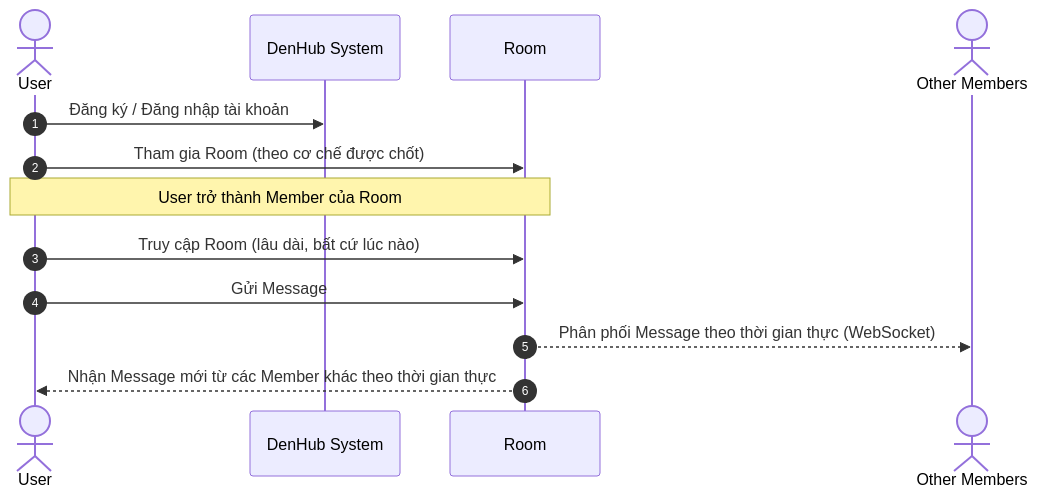
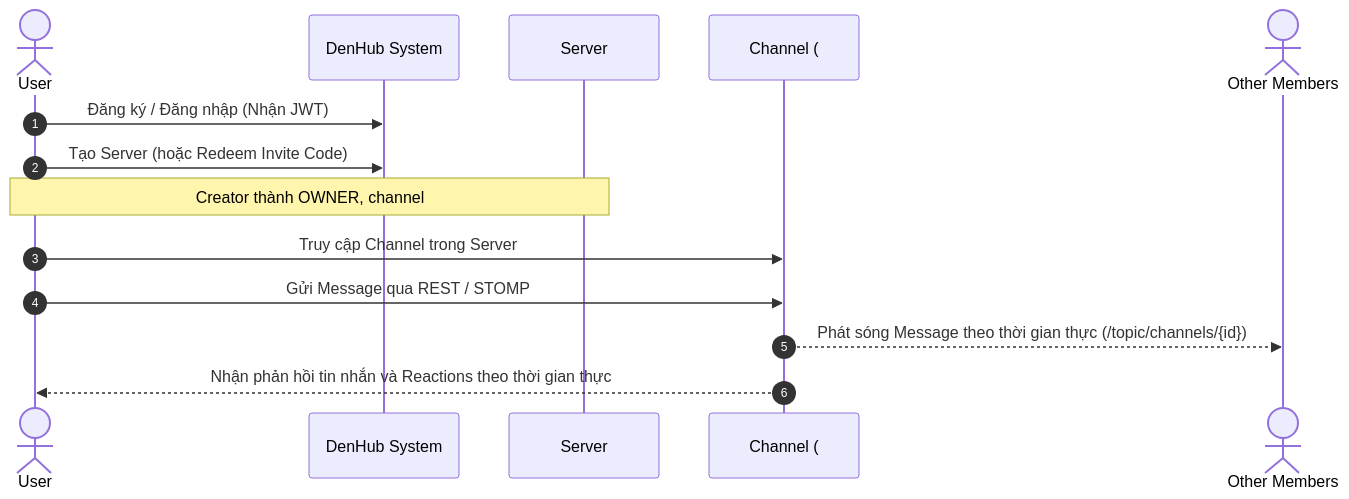
Before and after one commit to voanhbendjnd/den-app: the diagram in docs/01-PROJECT-OVERVIEW.md, drawn with Mermaid. The commit also changed other lines of this file and 14 other files, not shown here.

````diff
--- a/docs/01-PROJECT-OVERVIEW.md
+++ b/docs/01-PROJECT-OVERVIEW.md
@@ -96,16 +62,17 @@
 ```mermaid
 sequenceDiagram
     autonumber
     actor U as User
     participant S as DenHub System
-    participant R as Room
+    participant SRV as Server
+    participant CH as Channel (#general)
     actor M as Other Members
 
-    U->>S: Đăng ký / Đăng nhập tài khoản
-    U->>R: Tham gia Room (theo cơ chế được chốt)
-    Note over U,R: User trở thành Member của Room
-    U->>R: Truy cập Room (lâu dài, bất cứ lúc nào)
-    U->>R: Gửi Message
-    R-->>M: Phân phối Message theo thời gian thực (WebSocket)
-    R-->>U: Nhận Message mới từ các Member khác theo thời gian thực
+    U->>S: Đăng ký / Đăng nhập (Nhận JWT)
+    U->>S: Tạo Server (hoặc Redeem Invite Code)
+    Note over U,SRV: Creator thành OWNER, channel #general được tạo tự động
+    U->>CH: Truy cập Channel trong Server
+    U->>CH: Gửi Message qua REST / STOMP
+    CH-->>M: Phát sóng Message theo thời gian thực (/topic/channels/{id})
+    CH-->>U: Nhận phản hồi tin nhắn và Reactions theo thời gian thực
 ```
````
